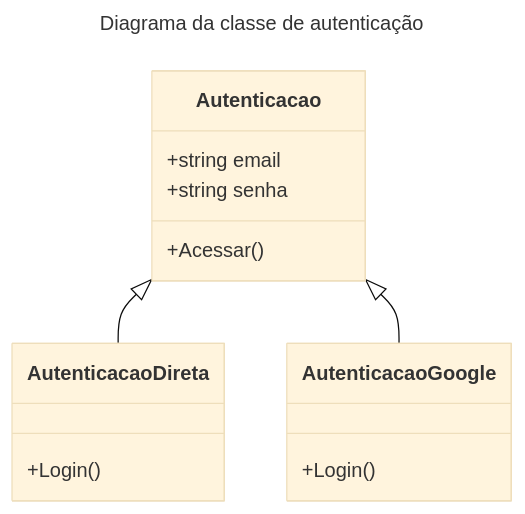
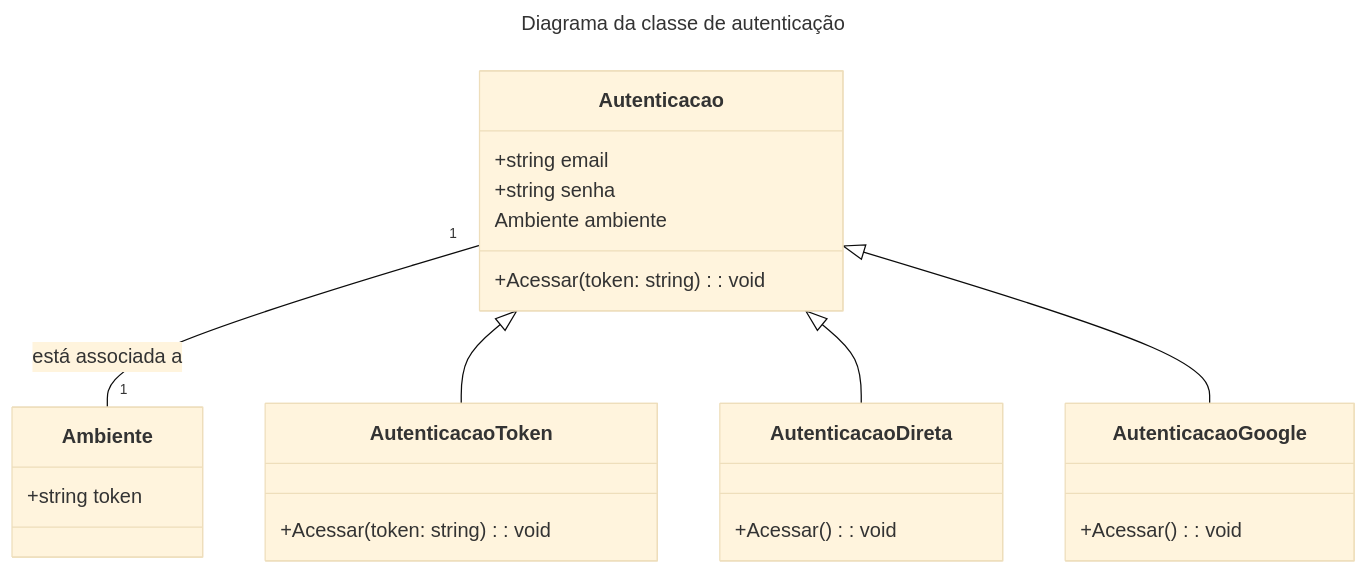
One commit to h4mn/fatec_tarefas changed diagram 15 of 19 in engenharia/diagrams.md. Above: the diagram before and after it, drawn with Mermaid (base theme). The commit also changed other lines of this file, not shown here.

````diff
--- a/engenharia/diagrams.md
+++ b/engenharia/diagrams.md
@@ -378,21 +376,31 @@
 ```mermaid
 ---
 title: Diagrama da classe de autenticação
 ---
 classDiagram
+    class Ambiente{
+        +string token
+    }
+
     class Autenticacao{
         +string email
         +string senha
-        +Acessar()
+        Ambiente ambiente
+        +Acessar(token: string): void
     }
-
+    
+    Autenticacao "1" -- "1" Ambiente : está associada a
+    Autenticacao <|-- AutenticacaoToken
     Autenticacao <|-- AutenticacaoDireta
     Autenticacao <|-- AutenticacaoGoogle
 
+    class AutenticacaoToken{
+        +Acessar(token: string): void
+    }
     class AutenticacaoDireta{
-        +Login()
+        +Acessar(): void
     }
     class AutenticacaoGoogle{
-        +Login()
+        +Acessar(): void
     }
 ```
````
